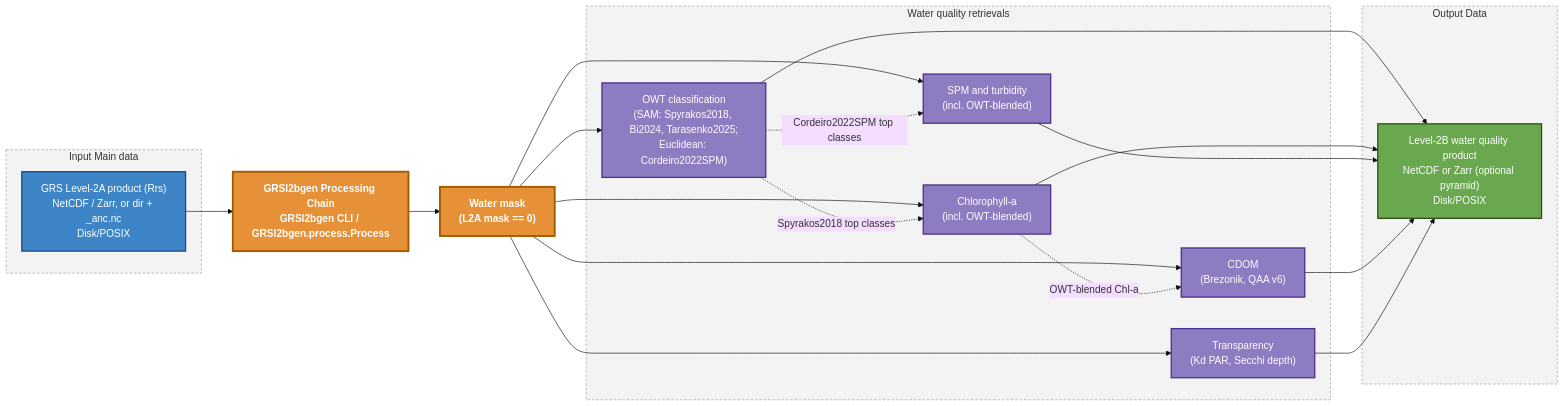
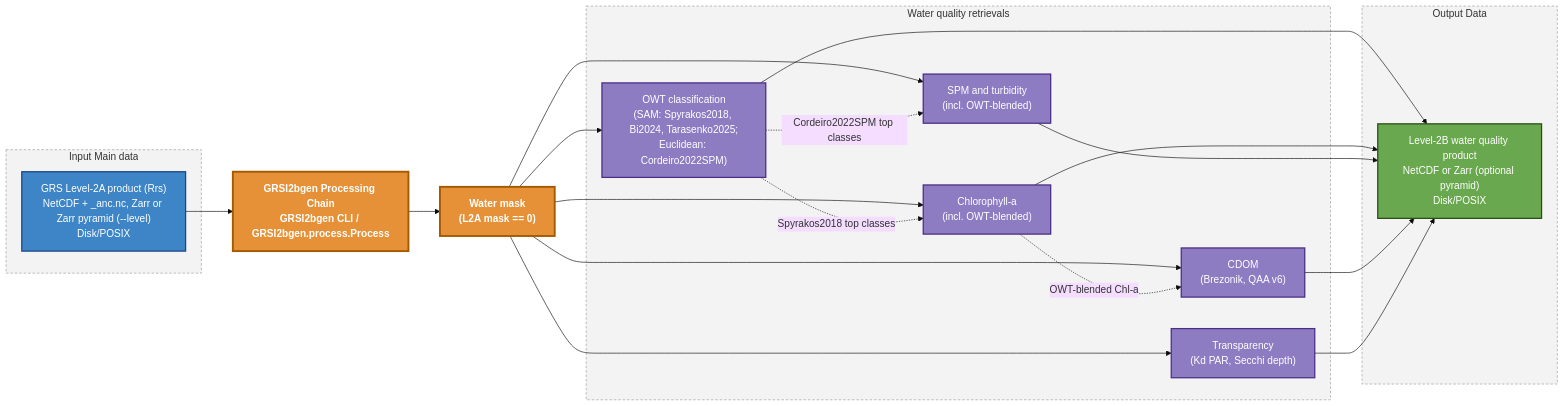
The diagram in docs/source/_diagrams/dataflow.mmd (Tristanovsk/GRSl2bgen), drawn with Mermaid (base theme) before and after one commit. The commit also changed 2 other files, not shown here.

Commit message:
docs: Zarr pyramid L2A input and --level option

```diff
--- a/docs/source/_diagrams/dataflow.mmd
+++ b/docs/source/_diagrams/dataflow.mmd
@@ -1,47 +1,47 @@
 flowchart LR
     subgraph main["Input Main data"]
-        IN1["GRS Level-2A product (Rrs)<br/>NetCDF / Zarr, or dir + _anc.nc<br/>Disk/POSIX"]
+        IN1["GRS Level-2A product (Rrs)<br/>NetCDF + _anc.nc, Zarr or Zarr pyramid (--level)<br/>Disk/POSIX"]
     end
 
     PROC["GRSl2bgen Processing Chain<br/>GRSl2bgen CLI / GRSl2bgen.process.Process"]
     MASK["Water mask<br/>(L2A mask == 0)"]
 
     subgraph steps["Water quality retrievals"]
         S1["OWT classification<br/>(SAM: Spyrakos2018, Bi2024, Tarasenko2025;<br/>Euclidean: Cordeiro2022SPM)"]
         S2["Chlorophyll-a<br/>(incl. OWT-blended)"]
         S3["SPM and turbidity<br/>(incl. OWT-blended)"]
         S4["CDOM<br/>(Brezonik, QAA v6)"]
         S5["Transparency<br/>(Kd PAR, Secchi depth)"]
     end
 
     subgraph out["Output Data"]
         OUT1["Level-2B water quality product<br/>NetCDF or Zarr (optional pyramid)<br/>Disk/POSIX"]
     end
 
     IN1 --> PROC
     PROC --> MASK
     MASK --> S1
     MASK --> S2
     MASK --> S3
     MASK --> S4
     MASK --> S5
     S1 -. "Spyrakos2018 top classes" .-> S2
     S1 -. "Cordeiro2022SPM top classes" .-> S3
     S2 -. "OWT-blended Chl-a" .-> S4
     S1 --> OUT1
     S2 --> OUT1
     S3 --> OUT1
     S4 --> OUT1
     S5 --> OUT1
 
     classDef mainStyle fill:#3d85c6,stroke:#1c4587,stroke-width:2px,color:#ffffff
     classDef procStyle fill:#e69138,stroke:#a35a00,stroke-width:3px,color:#ffffff,font-weight:bold
     classDef stepStyle fill:#8e7cc3,stroke:#4a2d84,stroke-width:2px,color:#ffffff
     classDef outStyle fill:#6aa84f,stroke:#274e13,stroke-width:2px,color:#ffffff
     classDef groupStyle fill:#f3f3f3,stroke:#999999,stroke-dasharray: 4 3,color:#333333
 
     class IN1 mainStyle
     class PROC,MASK procStyle
     class S1,S2,S3,S4,S5 stepStyle
     class OUT1 outStyle
     class main,steps,out groupStyle
```
